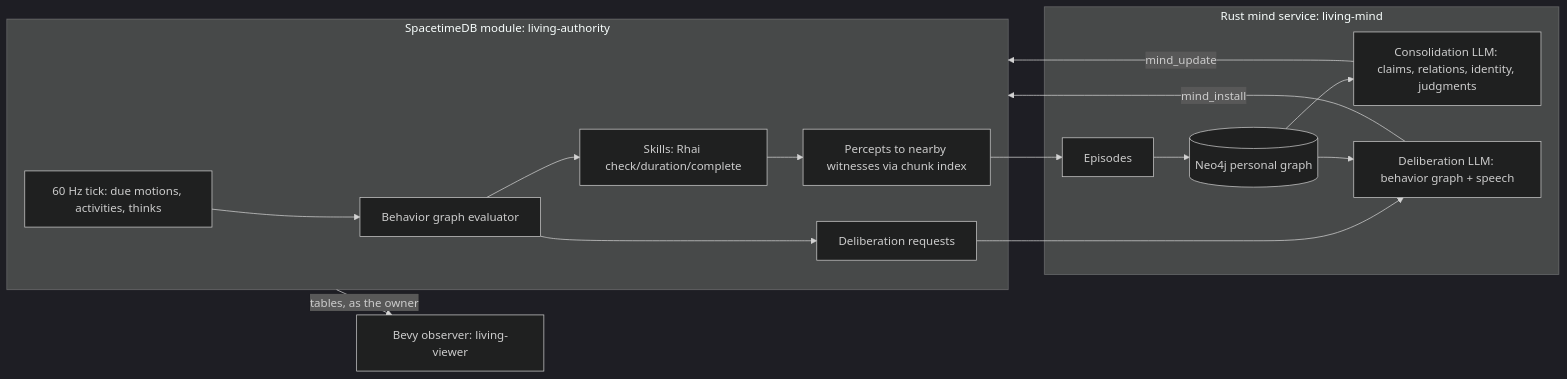
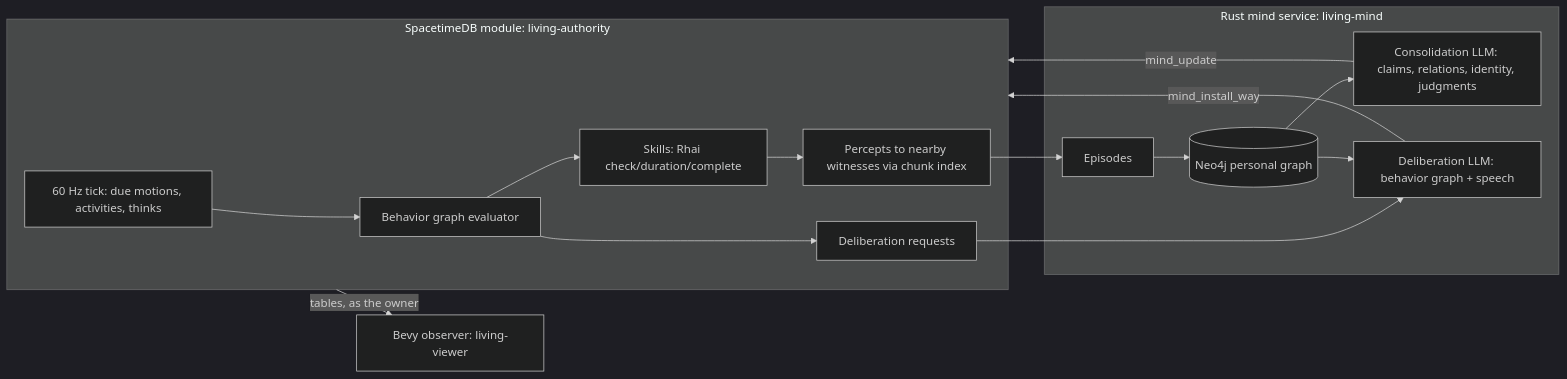
Before and after one commit to devteapot/slop-art-online: the diagram in docs/LIVING_CORE.md, drawn with Mermaid (dark theme). The commit also changed 22 other files, not shown here.

First line of the commit message:
mind-say-way: a decision's line names its way (mind_install_way), told when refused

````diff
--- a/docs/LIVING_CORE.md
+++ b/docs/LIVING_CORE.md
@@ -28,18 +28,18 @@
 ```mermaid
 flowchart LR
   subgraph Authority[SpacetimeDB module: living-authority]
     T[60 Hz tick: due motions, activities, thinks] --> B[Behavior graph evaluator]
     B --> S[Skills: Rhai check/duration/complete]
     S --> P[Percepts to nearby witnesses via chunk index]
     B --> D[Deliberation requests]
   end
   subgraph Mind[Rust mind service: living-mind]
     P --> E[Episodes] --> N[(Neo4j personal graph)]
     N --> C[Consolidation LLM: claims, relations, identity, judgments]
     D --> L[Deliberation LLM: behavior graph + speech]
     N --> L
   end
   C -->|mind_update| Authority
-  L -->|mind_install| Authority
+  L -->|mind_install_way| Authority
   Authority -->|tables, as the owner| V[Bevy observer: living-viewer]
 ```
````
